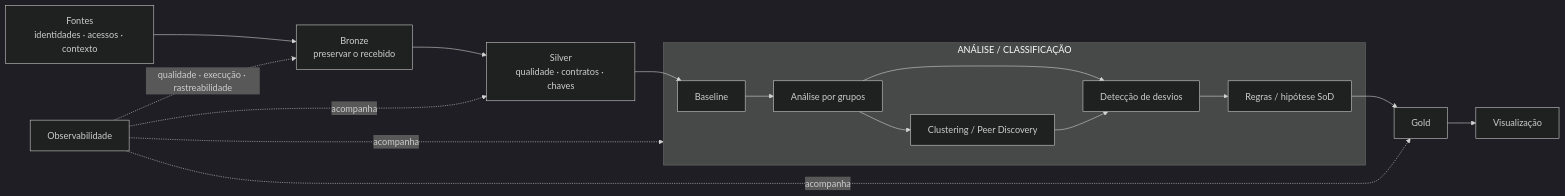
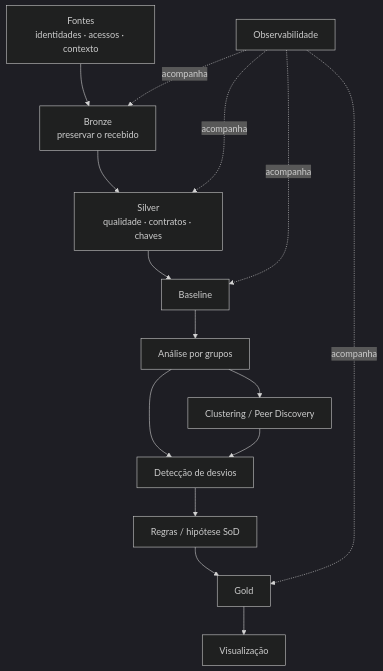
The first of 6 diagrams in docs/arquitetura/arquitetura-inicial.md (Lal3x/SoD-Plataform), drawn with Mermaid (dark theme) before and after one commit. The commit also changed other lines of this file, not shown here.

Commit message:
docs: fix initial architecture page layout

````diff
--- a/docs/arquitetura/arquitetura-inicial.md
+++ b/docs/arquitetura/arquitetura-inicial.md
@@ -11,21 +9,19 @@
 ```mermaid
-flowchart LR
+flowchart TB
     A["Fontes<br/>identidades · acessos · contexto"] --> B["Bronze<br/>preservar o recebido"]
     B --> C["Silver<br/>qualidade · contratos · chaves"]
 
-    subgraph ANALYTICS["ANÁLISE / CLASSIFICAÇÃO"]
-        D["Baseline"] --> E["Análise por grupos"]
-        E --> F["Clustering / Peer Discovery"]
-        E --> G["Detecção de desvios"]
-        F --> G
-        G --> H["Regras / hipótese SoD"]
-    end
-
-    C --> D
+    C --> D["Baseline"]
+    D --> E["Análise por grupos"]
+    E --> F["Clustering / Peer Discovery"]
+    E --> G["Detecção de desvios"]
+    F --> G
+    G --> H["Regras / hipótese SoD"]
     H --> I["Gold"]
     I --> J["Visualização"]
-    O["Observabilidade"] -. qualidade · execução · rastreabilidade .-> B
+
+    O["Observabilidade"] -. acompanha .-> B
     O -. acompanha .-> C
-    O -. acompanha .-> ANALYTICS
+    O -. acompanha .-> D
     O -. acompanha .-> I
 ```
````
